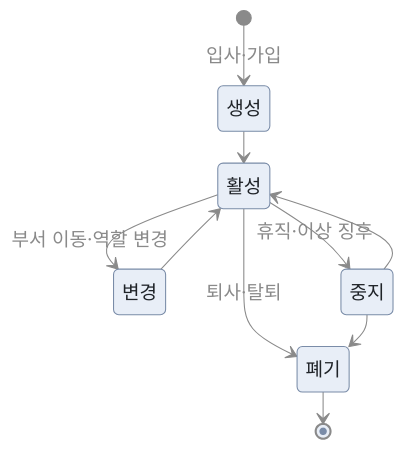
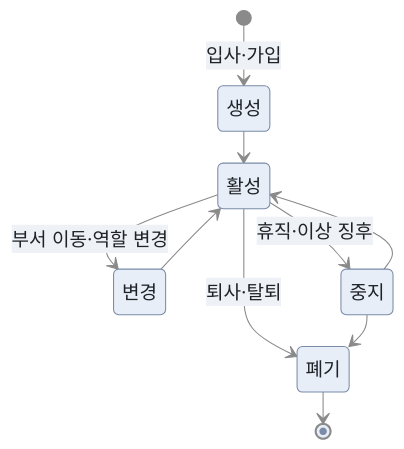
One commit to secututor/security-knowledge-base changed the third of 3 diagrams in security-fundamentals/pki-identity/identity-fundamentals.md. Above: the diagram before and after it, drawn with Mermaid. The commit also changed other lines of this file and 27 other files, not shown here.

Commit message:
docs: Mermaid 설명형 화살표 라벨을 보조 노드로 분리, 짧은 라벨 상자 복원

````diff
--- a/security-fundamentals/pki-identity/identity-fundamentals.md
+++ b/security-fundamentals/pki-identity/identity-fundamentals.md
@@ -125,13 +127,13 @@
 ```mermaid
-%%{init: {"theme": "base", "themeVariables": {"fontSize": "18px", "primaryColor": "#e8eef7", "primaryTextColor": "#1f2328", "primaryBorderColor": "#7a8ca8", "secondaryColor": "#eef1f5", "tertiaryColor": "#f5f7fa", "lineColor": "#8a8a8a", "edgeLabelBackground": "transparent", "textColor": "#8a8a8a", "transitionLabelColor": "#8a8a8a", "clusterBkg": "#f5f7fa", "clusterBorder": "#7a8ca8", "actorBkg": "#e8eef7", "actorBorder": "#7a8ca8", "actorTextColor": "#1f2328", "actorLineColor": "#8a8a8a", "signalColor": "#8a8a8a", "signalTextColor": "#8a8a8a", "noteBkgColor": "#fff8dc", "noteTextColor": "#1f2328", "noteBorderColor": "#c9b458"}, "flowchart": {"nodeSpacing": 25, "rankSpacing": 30, "padding": 8}, "sequence": {"width": 110, "height": 40, "boxMargin": 6, "noteMargin": 6, "actorMargin": 40}}}%%
+%%{init: {"theme": "base", "themeVariables": {"fontSize": "18px", "primaryColor": "#e8eef7", "primaryTextColor": "#1f2328", "primaryBorderColor": "#7a8ca8", "secondaryColor": "#eef1f5", "tertiaryColor": "#f5f7fa", "lineColor": "#8a8a8a", "edgeLabelBackground": "#eef1f5", "clusterBkg": "#f5f7fa", "clusterBorder": "#7a8ca8", "actorBkg": "#e8eef7", "actorBorder": "#7a8ca8", "actorTextColor": "#1f2328", "actorLineColor": "#8a8a8a", "signalColor": "#8a8a8a", "signalTextColor": "#8a8a8a", "noteBkgColor": "#fff8dc", "noteTextColor": "#1f2328", "noteBorderColor": "#c9b458"}, "flowchart": {"nodeSpacing": 25, "rankSpacing": 30, "padding": 8}, "sequence": {"width": 110, "height": 40, "boxMargin": 6, "noteMargin": 6, "actorMargin": 40}}}%%
 stateDiagram-v2
     [*] --> 생성 : 입사·가입
     생성 --> 활성
     활성 --> 변경 : 부서 이동·역할 변경
     변경 --> 활성
     활성 --> 중지 : 휴직·이상 징후
     중지 --> 활성
     활성 --> 폐기 : 퇴사·탈퇴
     중지 --> 폐기
     폐기 --> [*]
 ```
````
